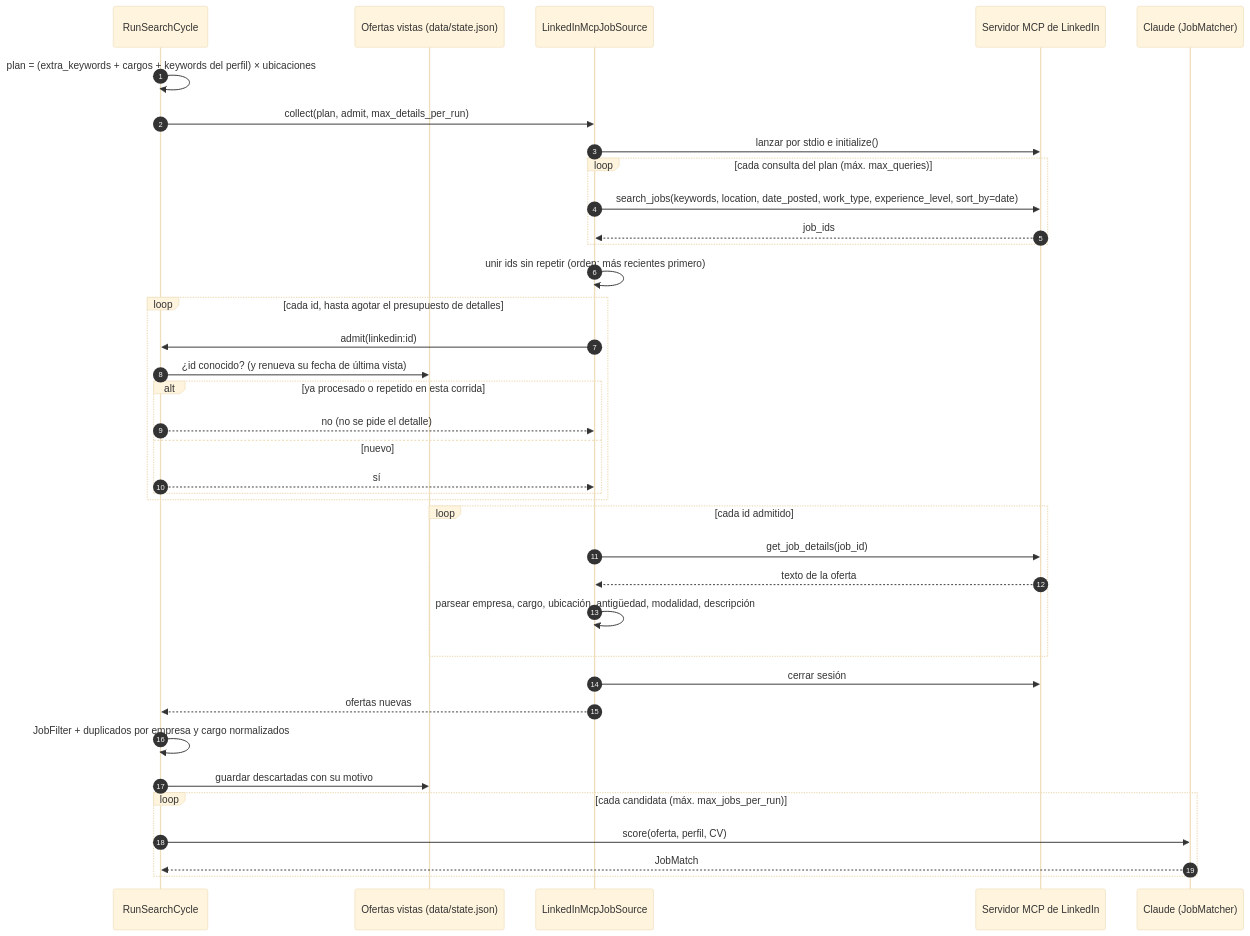
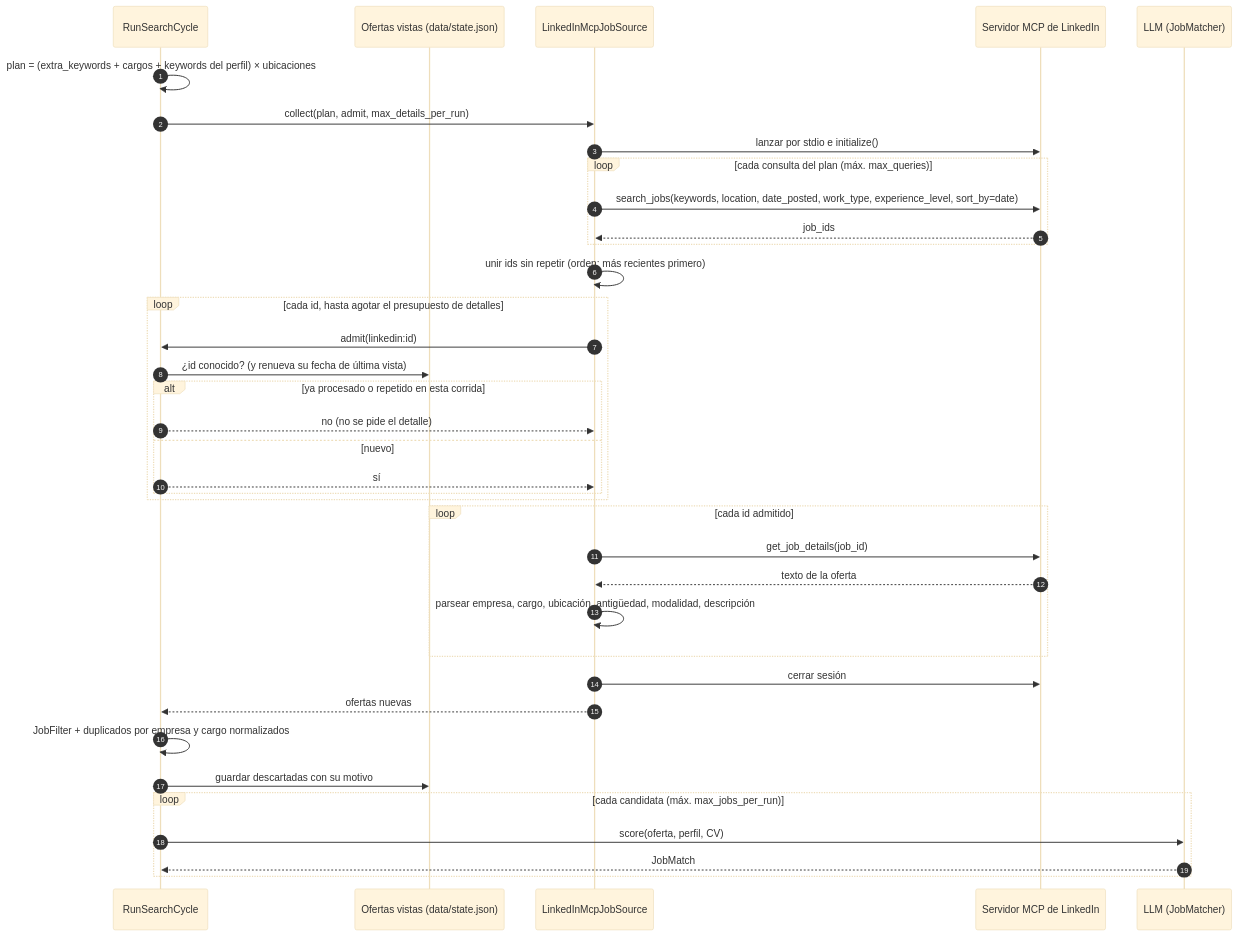
Before and after one commit to HugoTalledos/job-search: the diagram in docs/diagramas/secuencia-busqueda.mmd, drawn with Mermaid (base theme). The commit also changed 26 other files, not shown here.

```diff
--- a/docs/diagramas/secuencia-busqueda.mmd
+++ b/docs/diagramas/secuencia-busqueda.mmd
@@ -1,38 +1,38 @@
 sequenceDiagram
     autonumber
     participant RSC as RunSearchCycle
     participant Seen as Ofertas vistas (data/state.json)
     participant LI as LinkedInMcpJobSource
     participant MCP as Servidor MCP de LinkedIn
-    participant Claude as Claude (JobMatcher)
+    participant Claude as LLM (JobMatcher)
 
     RSC->>RSC: plan = (extra_keywords + cargos + keywords del perfil) × ubicaciones
     RSC->>LI: collect(plan, admit, max_details_per_run)
     LI->>MCP: lanzar por stdio e initialize()
     loop cada consulta del plan (máx. max_queries)
         LI->>MCP: search_jobs(keywords, location, date_posted, work_type, experience_level, sort_by=date)
         MCP-->>LI: job_ids
     end
     LI->>LI: unir ids sin repetir (orden: más recientes primero)
     loop cada id, hasta agotar el presupuesto de detalles
         LI->>RSC: admit(linkedin:id)
         RSC->>Seen: ¿id conocido? (y renueva su fecha de última vista)
         alt ya procesado o repetido en esta corrida
             RSC-->>LI: no (no se pide el detalle)
         else nuevo
             RSC-->>LI: sí
         end
     end
     loop cada id admitido
         LI->>MCP: get_job_details(job_id)
         MCP-->>LI: texto de la oferta
         LI->>LI: parsear empresa, cargo, ubicación, antigüedad, modalidad, descripción
     end
     LI->>MCP: cerrar sesión
     LI-->>RSC: ofertas nuevas
     RSC->>RSC: JobFilter + duplicados por empresa y cargo normalizados
     RSC->>Seen: guardar descartadas con su motivo
     loop cada candidata (máx. max_jobs_per_run)
         RSC->>Claude: score(oferta, perfil, CV)
         Claude-->>RSC: JobMatch
     end
```
